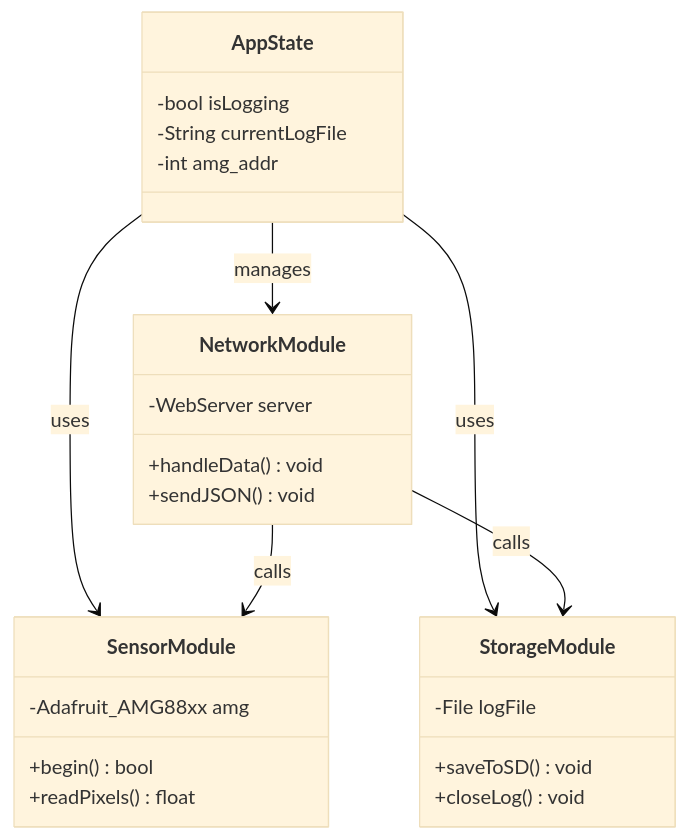
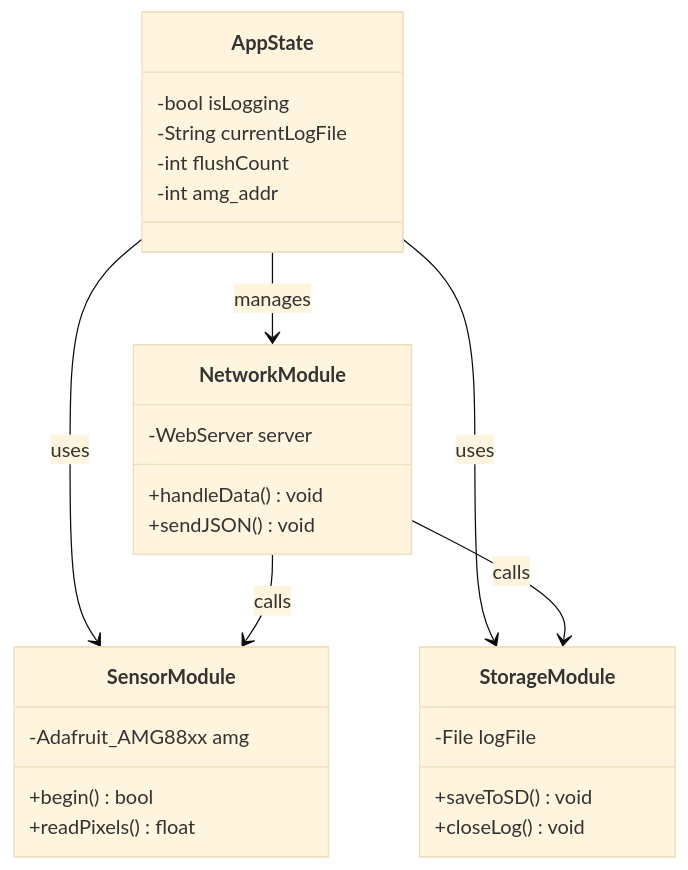
One commit to keith-nakama/ThermalMapLogger changed the third of 7 diagrams in docs/specification.md. Above: the diagram before and after it, drawn with Mermaid (base theme). The commit also changed 1 other file, not shown here.

Commit message:
Build 136: ロギング開始時に flushCount をリセットするよう修正 (Fix #12)

````diff
--- a/docs/specification.md
+++ b/docs/specification.md
@@ -77,32 +77,33 @@
 ```mermaid
 classDiagram
     class AppState {
         -bool isLogging
         -String currentLogFile
+        -int flushCount
         -int amg_addr
     }
     
     class SensorModule {
         -Adafruit_AMG88xx amg
         +begin() bool
         +readPixels() float
     }
     
     class StorageModule {
         -File logFile
         +saveToSD() void
         +closeLog() void 
     }
     
     class NetworkModule {
         -WebServer server
         +handleData() void
         +sendJSON() void
     }
     
     AppState --> SensorModule : uses
     AppState --> StorageModule : uses
     AppState --> NetworkModule : manages
     NetworkModule --> SensorModule : calls
     NetworkModule --> StorageModule : calls
 ```
````
